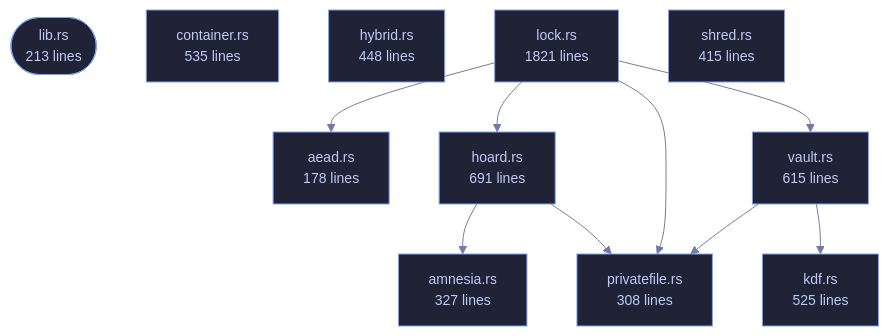
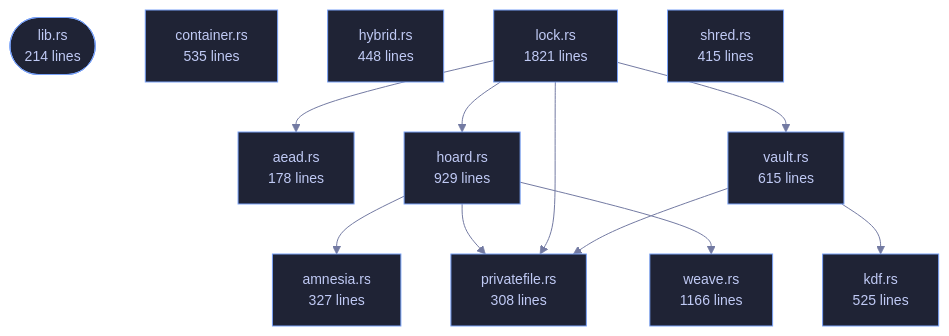
Before and after one commit to tilas01/veilvoice: the diagram in wiki/Crate-veilvoice-crypto.md, drawn with Mermaid. The commit also changed other lines of this file and 30 other files, not shown here.

````diff
--- a/wiki/Crate-veilvoice-crypto.md
+++ b/wiki/Crate-veilvoice-crypto.md
@@ -95,34 +95,37 @@
 ```mermaid
 %%{init: {"theme":"base","themeVariables":{"background":"#1a1b26","primaryColor":"#1f2335","primaryTextColor":"#c0caf5","primaryBorderColor":"#7aa2f7","secondaryColor":"#16161e","tertiaryColor":"#16161e","lineColor":"#737aa2","textColor":"#c0caf5","mainBkg":"#1f2335","nodeBorder":"#7aa2f7","clusterBkg":"#16161e","clusterBorder":"#2f3549","fontFamily":"ui-monospace, SFMono-Regular, Consolas, monospace","fontSize":"14px"}}}%%
 flowchart TD
-    n_lib(["lib.rs<br/>213 lines"])
+    n_lib(["lib.rs<br/>214 lines"])
     n_aead["aead.rs<br/>178 lines"]
     n_amnesia["amnesia.rs<br/>327 lines"]
     n_container["container.rs<br/>535 lines"]
-    n_hoard["hoard.rs<br/>691 lines"]
+    n_hoard["hoard.rs<br/>929 lines"]
     n_hybrid["hybrid.rs<br/>448 lines"]
     n_kdf["kdf.rs<br/>525 lines"]
     n_lock["lock.rs<br/>1821 lines"]
     n_privatefile["privatefile.rs<br/>308 lines"]
     n_shred["shred.rs<br/>415 lines"]
     n_vault["vault.rs<br/>615 lines"]
+    n_weave["weave.rs<br/>1166 lines"]
     n_hoard --> n_amnesia
     n_hoard --> n_privatefile
+    n_hoard --> n_weave
     n_lock --> n_aead
     n_lock --> n_hoard
     n_lock --> n_privatefile
     n_lock --> n_vault
     n_vault --> n_kdf
     n_vault --> n_privatefile
     click n_lib href "https://github.com/tilas01/veilvoice/blob/main/crates/veilvoice-crypto/src/lib.rs" "open the source"
     click n_aead href "https://github.com/tilas01/veilvoice/blob/main/crates/veilvoice-crypto/src/aead.rs" "open the source"
     click n_amnesia href "https://github.com/tilas01/veilvoice/blob/main/crates/veilvoice-crypto/src/amnesia.rs" "open the source"
     click n_container href "https://github.com/tilas01/veilvoice/blob/main/crates/veilvoice-crypto/src/container.rs" "open the source"
     click n_hoard href "https://github.com/tilas01/veilvoice/blob/main/crates/veilvoice-crypto/src/hoard.rs" "open the source"
     click n_hybrid href "https://github.com/tilas01/veilvoice/blob/main/crates/veilvoice-crypto/src/hybrid.rs" "open the source"
     click n_kdf href "https://github.com/tilas01/veilvoice/blob/main/crates/veilvoice-crypto/src/kdf.rs" "open the source"
     click n_lock href "https://github.com/tilas01/veilvoice/blob/main/crates/veilvoice-crypto/src/lock.rs" "open the source"
     click n_privatefile href "https://github.com/tilas01/veilvoice/blob/main/crates/veilvoice-crypto/src/privatefile.rs" "open the source"
     click n_shred href "https://github.com/tilas01/veilvoice/blob/main/crates/veilvoice-crypto/src/shred.rs" "open the source"
     click n_vault href "https://github.com/tilas01/veilvoice/blob/main/crates/veilvoice-crypto/src/vault.rs" "open the source"
+    click n_weave href "https://github.com/tilas01/veilvoice/blob/main/crates/veilvoice-crypto/src/weave.rs" "open the source"
 ```
````
